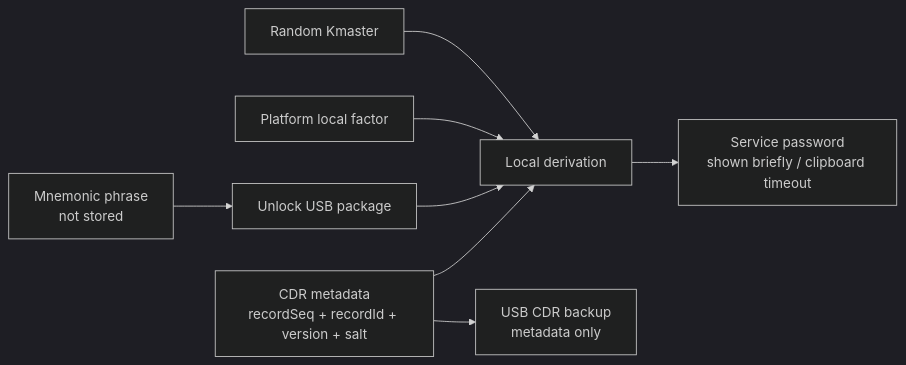
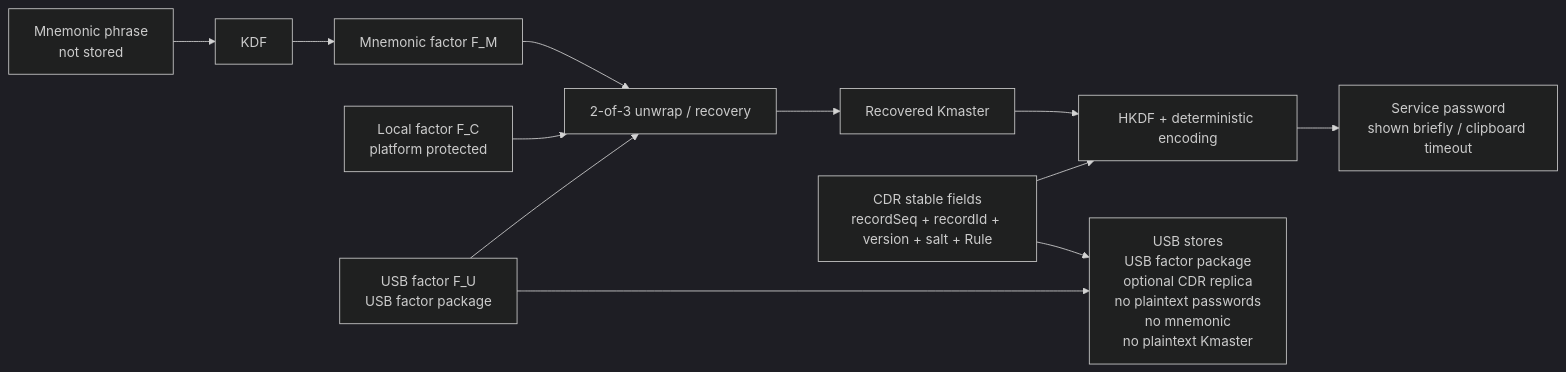
One commit to ferrarif1/KeyLessPass changed the diagram in README.md. Above: the diagram before and after it, drawn with Mermaid (dark theme). The commit also changed other lines of this file and 1 other file, not shown here.

````diff
--- a/README.md
+++ b/README.md
@@ -84,10 +84,14 @@
 ```mermaid
 flowchart LR
-    M["Mnemonic phrase<br/>not stored"] --> U["Unlock USB package"]
-    K["Random Kmaster"] --> D["Local derivation"]
-    L["Platform local factor"] --> D
-    U --> D
-    C["CDR metadata<br/>recordSeq + recordId + version + salt"] --> D
+    M["Mnemonic phrase<br/>not stored"] --> KDF["KDF"]
+    KDF --> FM["Mnemonic factor F_M"]
+    FC["Local factor F_C<br/>platform protected"] --> R["2-of-3 unwrap / recovery"]
+    FM --> R
+    FU["USB factor F_U<br/>USB factor package"] --> R
+    R --> KM["Recovered Kmaster"]
+    KM --> D["HKDF + deterministic encoding"]
+    C["CDR stable fields<br/>recordSeq + recordId + version + salt + Rule"] --> D
     D --> P["Service password<br/>shown briefly / clipboard timeout"]
-    C --> B["USB CDR backup<br/>metadata only"]
+    FU --> U["USB stores<br/>USB factor package<br/>optional CDR replica<br/>no plaintext passwords<br/>no mnemonic<br/>no plaintext Kmaster"]
+    C --> U
 ```
````
